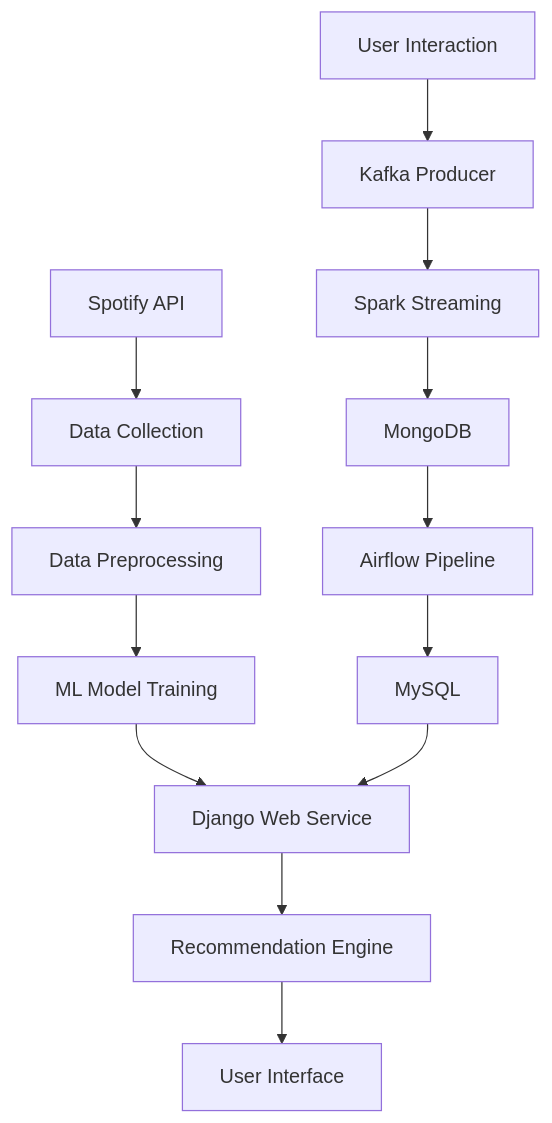
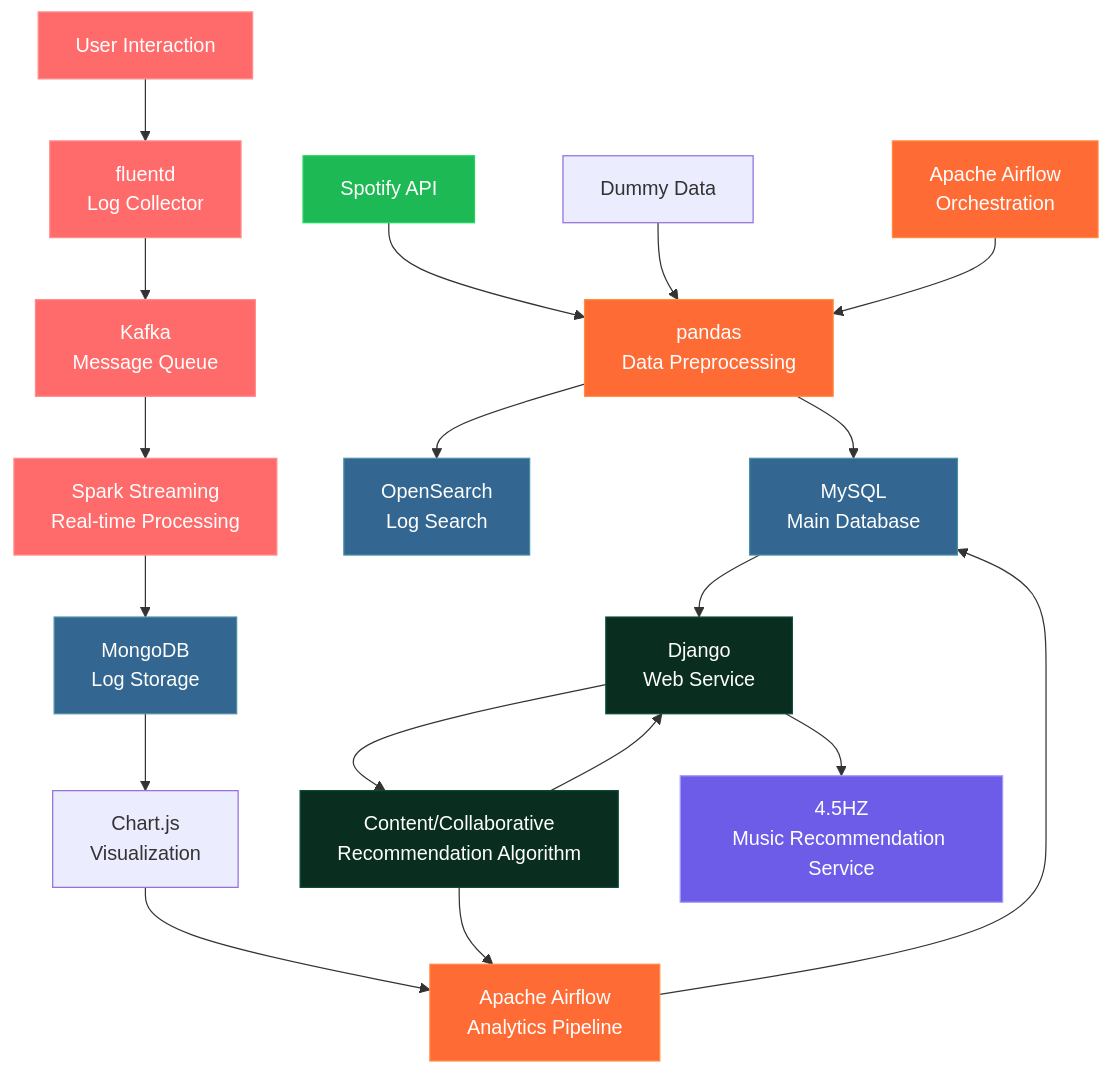
Before and after one commit to figure-2/figure-2.github.io: the diagram in _posts/2025-01-27-project-4.5hz-music-recommendation.md, drawn with Mermaid. The commit also changed other lines of this file, not shown here.

Commit message:
4.5HZ 프로젝트

````diff
--- a/_posts/2025-01-27-project-4.5hz-music-recommendation.md
+++ b/_posts/2025-01-27-project-4.5hz-music-recommendation.md
@@ -39,17 +45,46 @@
 ```mermaid
 graph TB
-    A[Spotify API] --> B[Data Collection]
-    B --> C[Data Preprocessing]
-    C --> D[ML Model Training]
-    D --> E[Django Web Service]
+    %% 데이터 수집 및 전처리
+    A[Spotify API] --> B[pandas<br/>Data Preprocessing]
+    C[Dummy Data] --> B
+    D[Apache Airflow<br/>Orchestration] --> B
     
-    F[User Interaction] --> G[Kafka Producer]
-    G --> H[Spark Streaming]
-    H --> I[MongoDB]
-    I --> J[Airflow Pipeline]
-    J --> K[MySQL]
-    K --> E
+    %% 데이터 저장
+    B --> E[MySQL<br/>Main Database]
+    B --> F[OpenSearch<br/>Log Search]
     
-    E --> L[Recommendation Engine]
-    L --> M[User Interface]
+    %% 실시간 스트리밍 파이프라인
+    G[User Interaction] --> H[fluentd<br/>Log Collector]
+    H --> I[Kafka<br/>Message Queue]
+    I --> J[Spark Streaming<br/>Real-time Processing]
+    J --> K[MongoDB<br/>Log Storage]
+    
+    %% 시각화 및 분석
+    K --> L[Chart.js<br/>Visualization]
+    L --> M[Apache Airflow<br/>Analytics Pipeline]
+    M --> E
+    
+    %% 웹 서비스 및 추천
+    E --> N[Django<br/>Web Service]
+    N --> O[Content/Collaborative<br/>Recommendation Algorithm]
+    O --> N
+    O --> M
+    
+    %% 최종 서비스
+    N --> P[4.5HZ<br/>Music Recommendation Service]
+    
+    %% 스타일링
+    classDef api fill:#1db954,stroke:#1ed760,color:#fff
+    classDef processing fill:#ff6b35,stroke:#ff8c42,color:#fff
+    classDef storage fill:#336791,stroke:#4a90a4,color:#fff
+    classDef streaming fill:#ff6b6b,stroke:#ff8e8e,color:#fff
+    classDef web fill:#092e20,stroke:#0c4b33,color:#fff
+    classDef service fill:#6c5ce7,stroke:#a29bfe,color:#fff
+    
+    class A api
+    class B,D,M processing
+    class E,F,K storage
+    class G,H,I,J streaming
+    class N,O web
+    class P service
 ```
````
